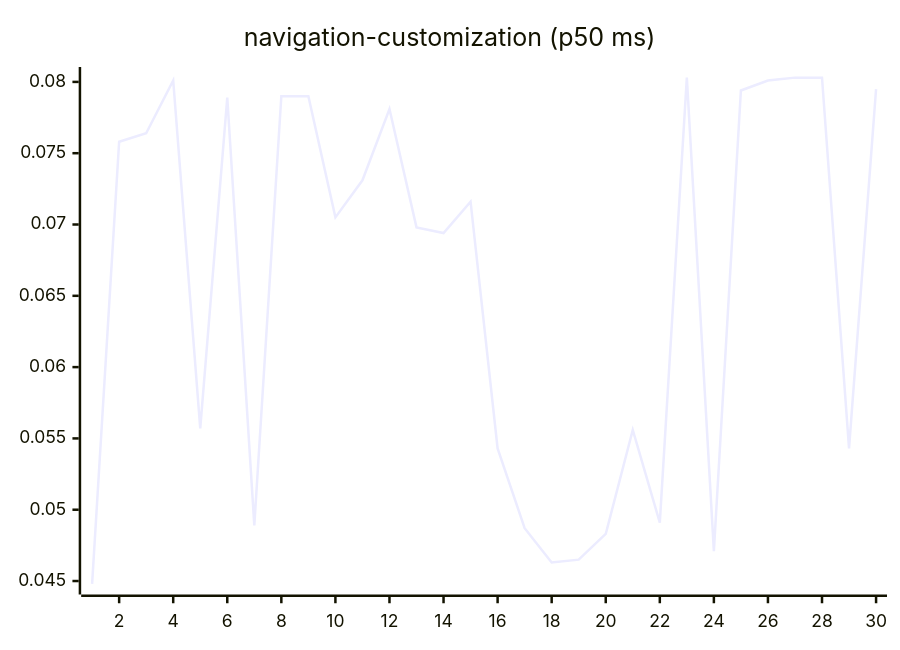
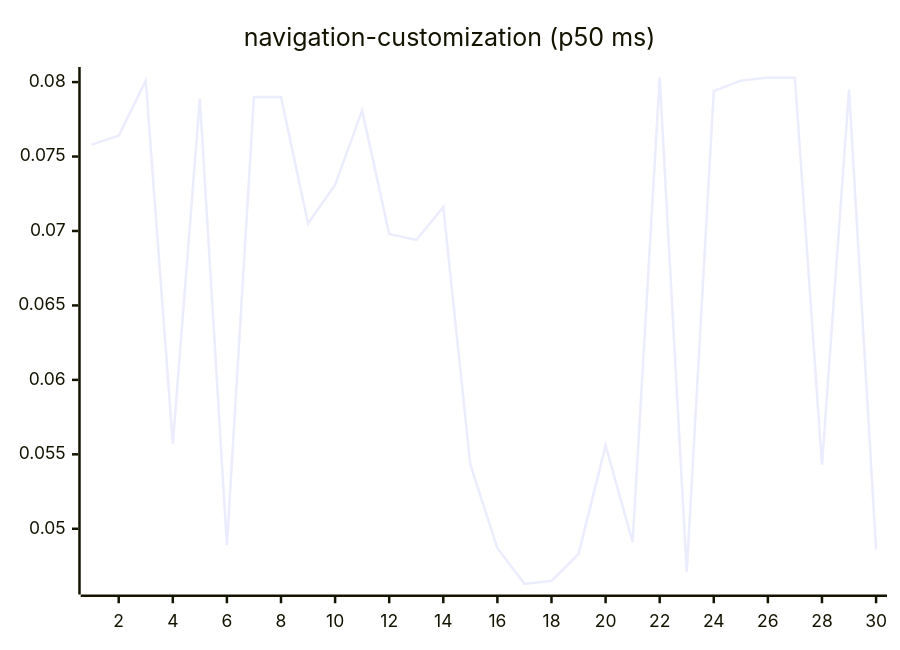
Diagram 15 of 27 in README.md (josha/Facet), drawn with Mermaid before and after one commit. The commit also changed other lines of this file and 2 other files, not shown here.

````diff
--- a/README.md
+++ b/README.md
@@ -161,6 +161,6 @@
 ```mermaid
 xychart-beta
     title "navigation-customization (p50 ms)"
     x-axis 1 --> 30
-    line [0.0448, 0.0758, 0.0764, 0.0801, 0.0557, 0.0789, 0.0489, 0.0790, 0.0790, 0.0705, 0.0731, 0.0781, 0.0698, 0.0694, 0.0716, 0.0543, 0.0487, 0.0463, 0.0465, 0.0483, 0.0556, 0.0491, 0.0803, 0.0471, 0.0794, 0.0801, 0.0803, 0.0803, 0.0543, 0.0795]
+    line [0.0758, 0.0764, 0.0801, 0.0557, 0.0789, 0.0489, 0.0790, 0.0790, 0.0705, 0.0731, 0.0781, 0.0698, 0.0694, 0.0716, 0.0543, 0.0487, 0.0463, 0.0465, 0.0483, 0.0556, 0.0491, 0.0803, 0.0471, 0.0794, 0.0801, 0.0803, 0.0803, 0.0543, 0.0795, 0.0486]
 ```
````
